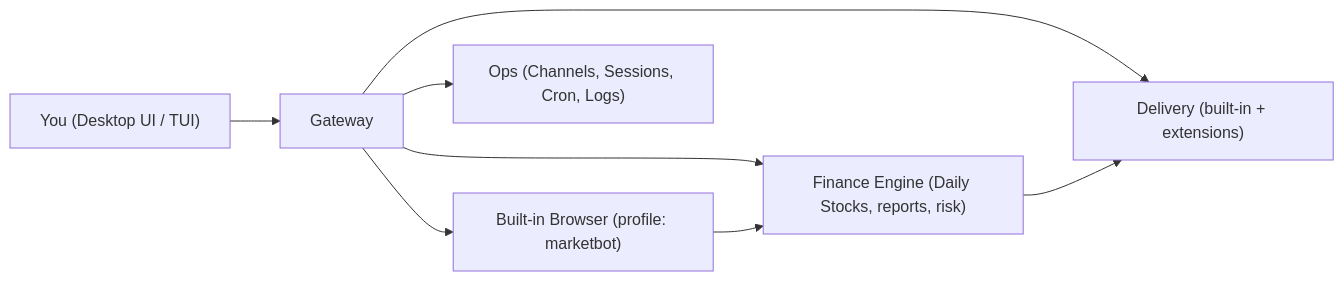
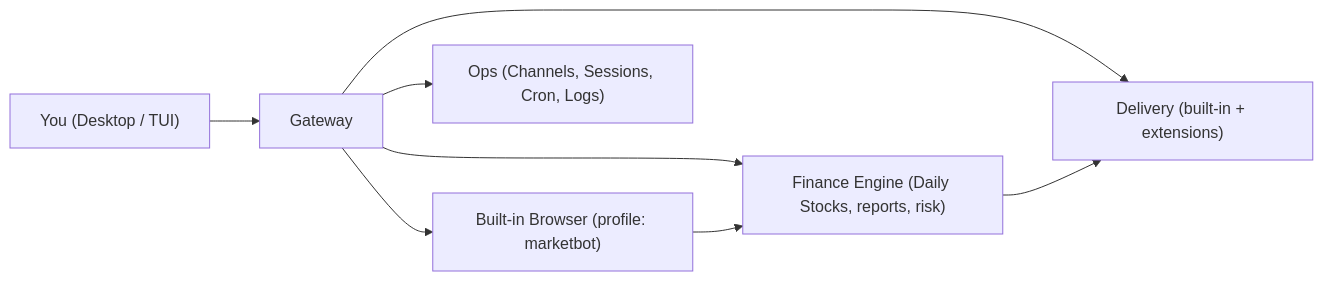
The diagram in README.md (EthanAlgoX/MarketBot), drawn with Mermaid before and after one commit. The commit also changed other lines of this file and 3 other files, not shown here.

````diff
--- a/README.md
+++ b/README.md
@@ -43,10 +38,10 @@
 ```mermaid
 flowchart LR
-  U["You (Desktop UI / TUI)"] --> G["Gateway"]
+  U["You (Desktop / TUI)"] --> G["Gateway"]
   G --> B["Built-in Browser (profile: marketbot)"]
   G --> F["Finance Engine (Daily Stocks, reports, risk)"]
   G --> O["Ops (Channels, Sessions, Cron, Logs)"]
   G --> D["Delivery (built-in + extensions)"]
   B --> F
   F --> D
 ```
````
